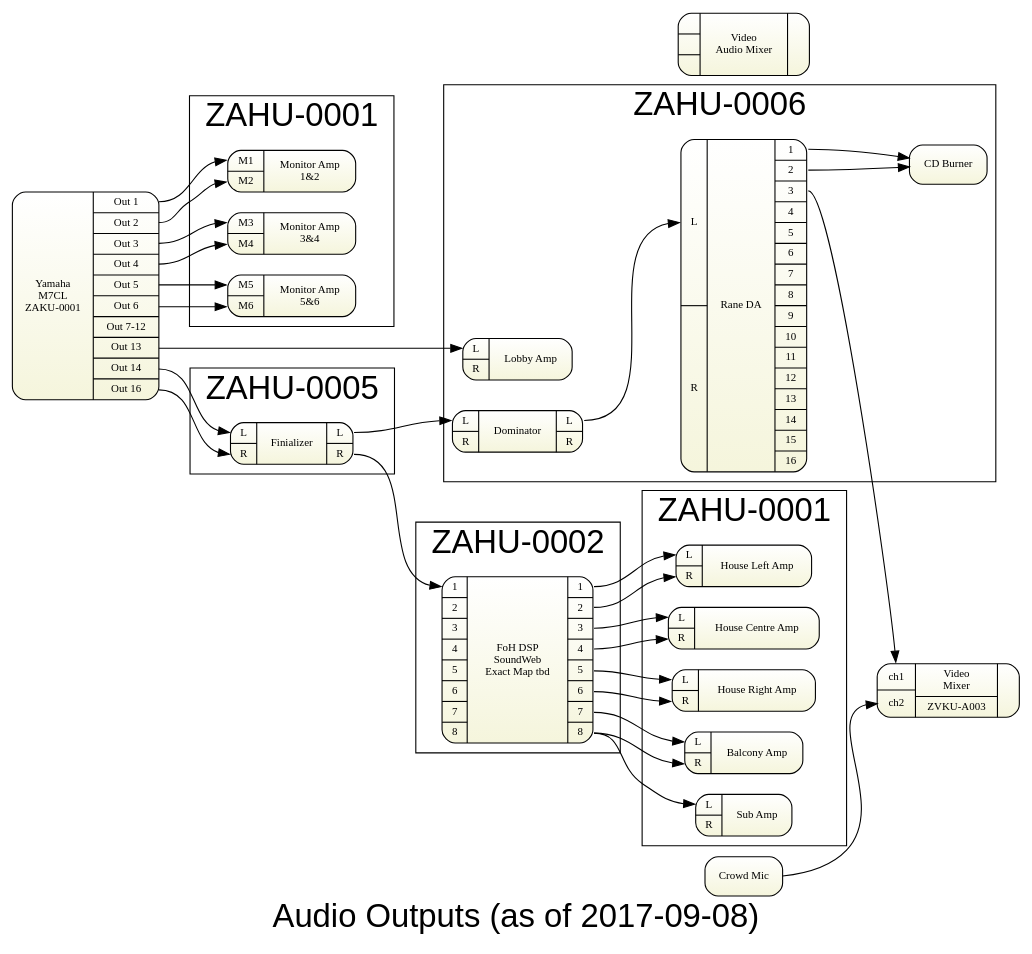
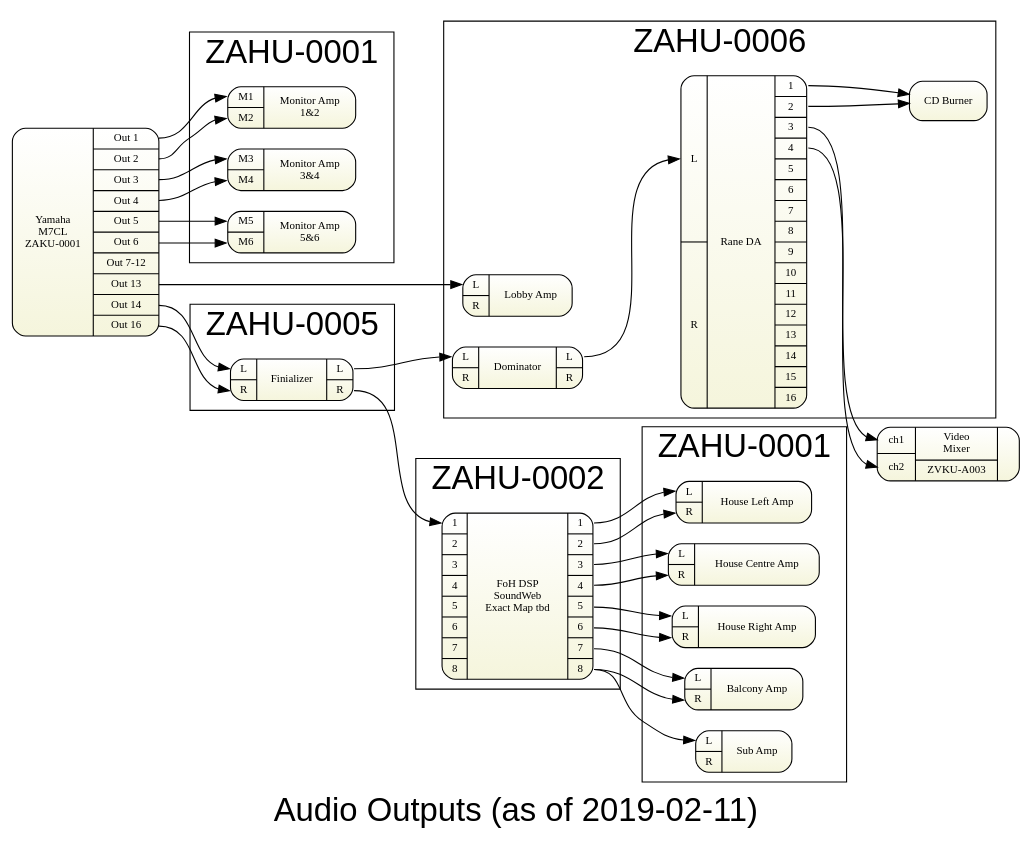
Before and after one commit to avmaint/uactechdoc: the diagram in sda-foh.gv, drawn with Graphviz. The commit also changed 3 other files, not shown here.

```diff
--- a/sda-foh.gv
+++ b/sda-foh.gv
@@ -1,6 +1,6 @@
 digraph outputs { 
 graph [overlap = true, fontsize = 30, rankdir=LR 
-      label="Audio Outputs (as of 2017-09-08)",
+      label="Audio Outputs (as of 2019-02-11)",
       fontname = Helvetica]
 
 node [shape=Mrecord, tooltip="" ,  fontsize = 10,
@@ -74,7 +74,6 @@
 }
 }
 "]
-
 
 }
 subgraph cluster_foh2 { label="ZAHU-0006"
@@ -221,15 +220,11 @@
 final:ol -> dom:il
 dom:ol -> rane:il
 
-videoaudio  [label="{{<i1> |<i2> | <i3>} |Video\nAudio Mixer|<o1>}"]
 videomix  [label="{{<i1>ch1|<i2>ch2 } |{Video\nMixer|ZVKU-A003}|<o1>}"]
-
-crowd [label="Crowd Mic"]
 
 rane:o1 -> burner:i1
 rane:o2 -> burner:i2
 rane:o3 -> videomix:i1
- crowd   -> videomix:i2
+rane:o4 -> videomix:i2
 
-{rank=same;  videoaudio  crowd}
-  } 
+} 
```
